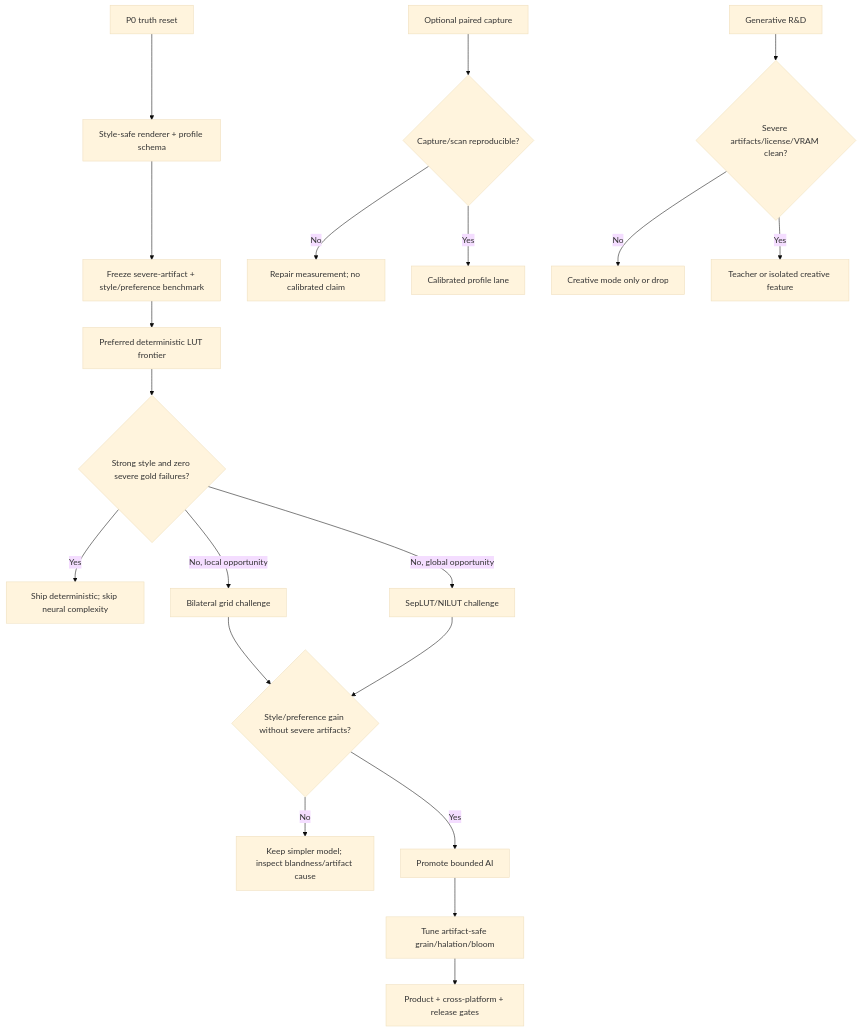
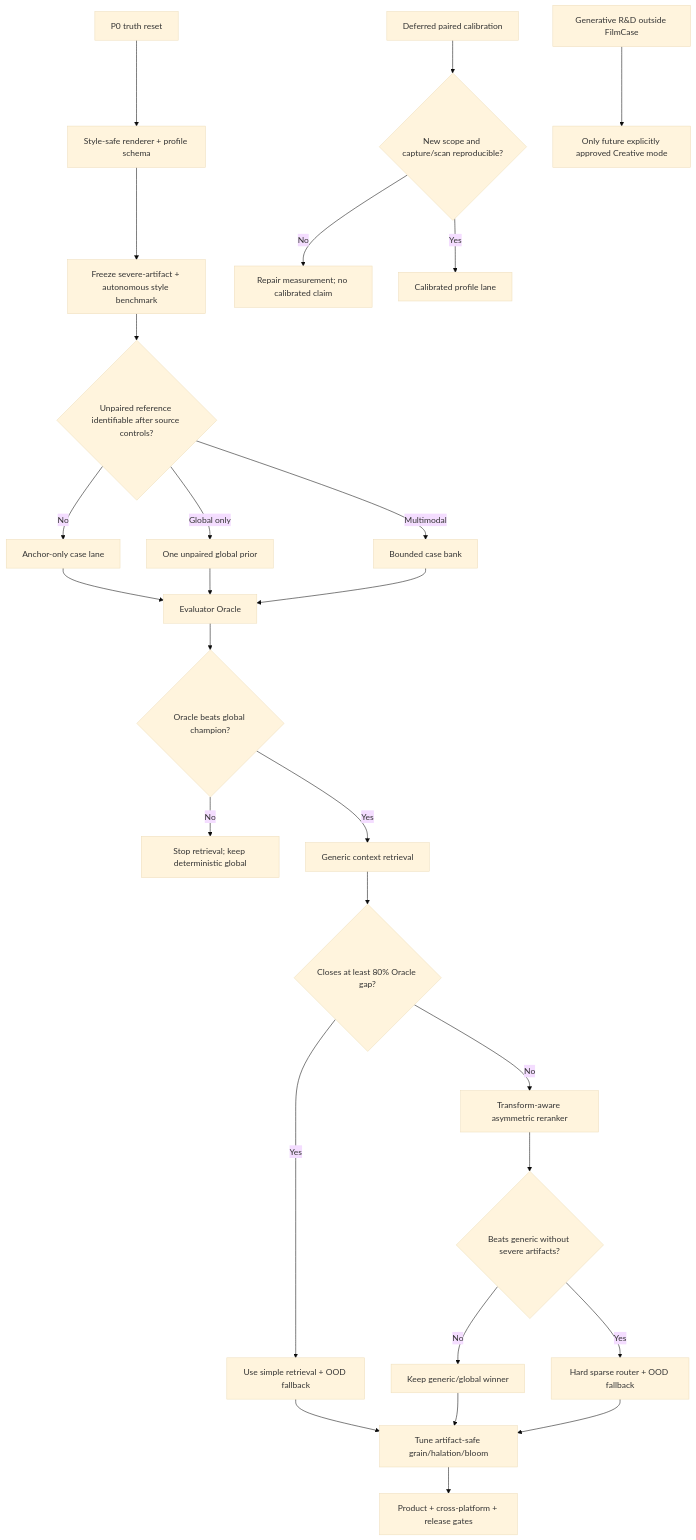
The second of 2 diagrams in docs/planning/ULTIMATE_ROADMAP_2026.md (SAKICHANNN/NEURO_FILM), drawn with Mermaid (base theme) before and after one commit. The commit also changed other lines of this file and 9 other files, not shown here.

Commit message:
docs: add autonomous FilmCase research plan

````diff
--- a/docs/planning/ULTIMATE_ROADMAP_2026.md
+++ b/docs/planning/ULTIMATE_ROADMAP_2026.md
@@ -641,22 +669,29 @@
 ```mermaid
 flowchart TD
     A["P0 truth reset"] --> C["Style-safe renderer + profile schema"]
-    C --> D["Freeze severe-artifact + style/preference benchmark"]
-    D --> F["Preferred deterministic LUT frontier"]
-    F --> G{"Strong style and zero severe gold failures?"}
-    G -->|Yes| G1["Ship deterministic; skip neural complexity"]
-    G -->|No, local opportunity| H["Bilateral grid challenge"]
-    G -->|No, global opportunity| I["SepLUT/NILUT challenge"]
-    H --> J{"Style/preference gain without severe artifacts?"}
-    I --> J
-    J -->|No| J1["Keep simpler model; inspect blandness/artifact cause"]
-    J -->|Yes| K["Promote bounded AI"]
-    K --> L["Tune artifact-safe grain/halation/bloom"]
+    C --> D["Freeze severe-artifact + autonomous style benchmark"]
+    D --> E{"Unpaired reference identifiable after source controls?"}
+    E -->|No| E1["Anchor-only case lane"]
+    E -->|Global only| E2["One unpaired global prior"]
+    E -->|Multimodal| E3["Bounded case bank"]
+    E1 --> F["Evaluator Oracle"]
+    E2 --> F
+    E3 --> F
+    F --> G{"Oracle beats global champion?"}
+    G -->|No| G1["Stop retrieval; keep deterministic global"]
+    G -->|Yes| H["Generic context retrieval"]
+    H --> I{"Closes at least 80% Oracle gap?"}
+    I -->|Yes| I1["Use simple retrieval + OOD fallback"]
+    I -->|No| J["Transform-aware asymmetric reranker"]
+    J --> K{"Beats generic without severe artifacts?"}
+    K -->|No| K1["Keep generic/global winner"]
+    K -->|Yes| K2["Hard sparse router + OOD fallback"]
+    I1 --> L["Tune artifact-safe grain/halation/bloom"]
+    K1 --> L
+    K2 --> L
     L --> M["Product + cross-platform + release gates"]
-    P["Optional paired capture"] --> Q{"Capture/scan reproducible?"}
+    P["Deferred paired calibration"] --> Q{"New scope and capture/scan reproducible?"}
     Q -->|No| Q1["Repair measurement; no calibrated claim"]
     Q -->|Yes| Q2["Calibrated profile lane"]
-    N["Generative R&D"] --> O{"Severe artifacts/license/VRAM clean?"}
-    O -->|No| O1["Creative mode only or drop"]
-    O -->|Yes| O2["Teacher or isolated creative feature"]
+    N["Generative R&D outside FilmCase"] --> O["Only future explicitly approved Creative mode"]
 ```
````
